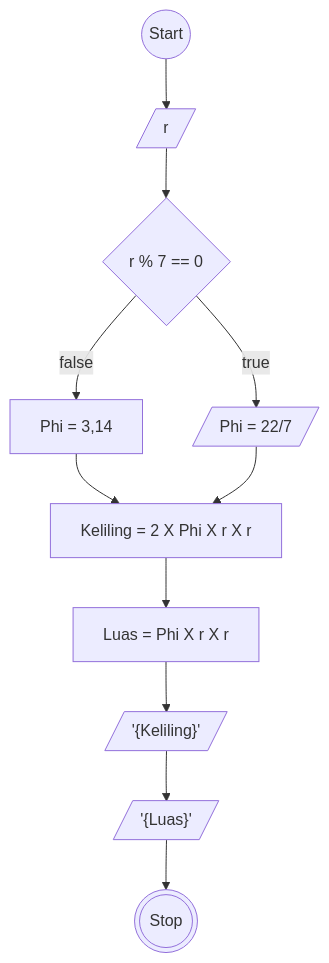
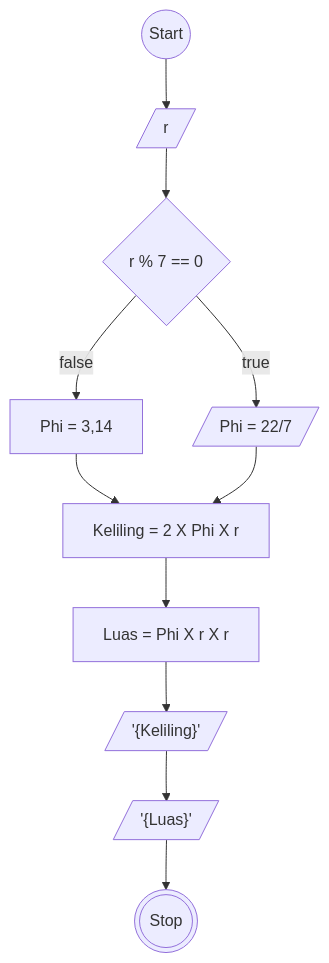
The diagram in Menghitung_luas&keliling.md (almarufh/Koda-B8-Algoritma), drawn with Mermaid before and after one commit. The commit also changed other lines of this file, not shown here.

````diff
--- a/Menghitung_luas&keliling.md
+++ b/Menghitung_luas&keliling.md
@@ -21,30 +21,25 @@
 ```mermaid
 flowchart TD
 A@{ shape: circle, label: "Start" }
 B@{ shape: lean-r, label: "r" }
 C@{ shape: diamond, label: "r % 7 == 0" }
-E@{ shape: rect, label: "Keliling = 2 X Phi X r X r"}
+E@{ shape: rect, label: "Keliling = 2 X Phi X r"}
 F@{ shape: rect, label: "Luas = Phi X r X r"}
 H@{ shape: rect, label: "Phi = 3,14"}
 I@{ shape: lean-r, label: "'{Luas}'" }
 J@{ shape: lean-r, label: "'{Keliling}'" }
 K@{ shape: dbl-circ, label: "Stop"}
 L@{ shape: lean-r, label: "Phi = 22/7" }
 
 A --> B
 B --> C
 C --true--> L
 C --false--> H
 H --> E
 L --> E
 E --> F
 F --> J
 J --> I
 I --> K
 
-
-
-
-
-
 ```
````
